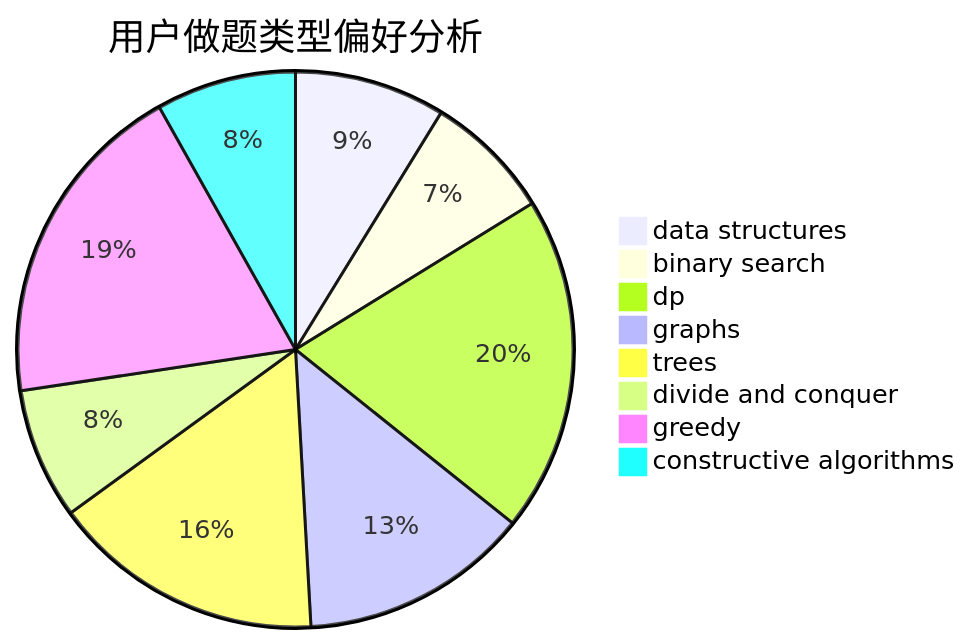
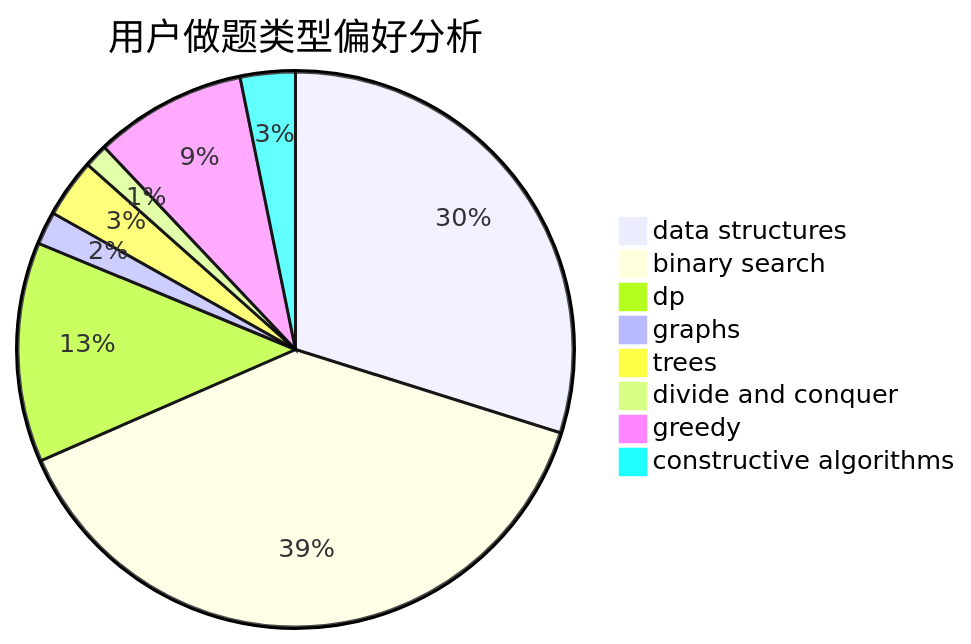
One commit to sherpahu/cfrs.github.io changed the second of 3 diagrams in docs/user/u271.md. Above: the diagram before and after it, drawn with Mermaid. The commit also changed other lines of this file and 2770 other files, not shown here.

````diff
--- a/docs/user/u271.md
+++ b/docs/user/u271.md
@@ -23,11 +23,11 @@
 ```mermaid
 pie title 用户做题类型偏好分析
-    "data structures" :  84
-    "binary search" :  71
-    "dp" :  187
-    "graphs" :  128
-    "trees" :  152
-    "divide and conquer" :  73
-    "greedy" :  184
-    "constructive algorithms" :  78
+    "data structures" :  280
+    "binary search" :  362
+    "dp" :  120
+    "graphs" :  18
+    "trees" :  32
+    "divide and conquer" :  13
+    "greedy" :  83
+    "constructive algorithms" :  30
 ```
````
